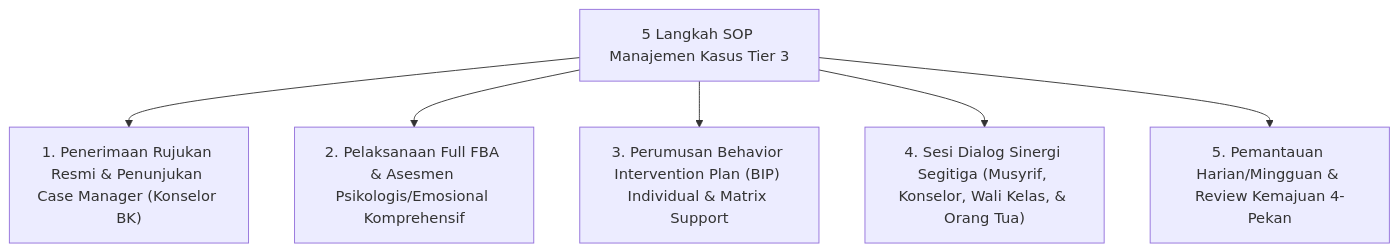
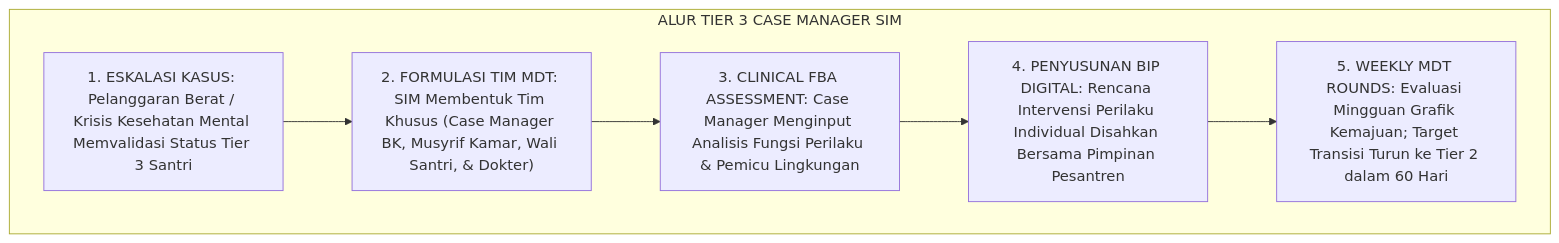
The fourth of 5 diagrams in 06 Intervention Framework/10 Case Management/P6-10-01-SOP-Manajemen-Kasus-Khusus-Tier-3.md (wandiapriliyandi/tumbuh), drawn with Mermaid before and after one commit. The commit also changed other lines of this file and 5 other files, not shown here.

Commit message:
docs(06-intervention): complete all 6 research monographs for 10 Case Management

````diff
--- a/06 Intervention Framework/10 Case Management/P6-10-01-SOP-Manajemen-Kasus-Khusus-Tier-3.md
+++ b/06 Intervention Framework/10 Case Management/P6-10-01-SOP-Manajemen-Kasus-Khusus-Tier-3.md
@@ -14,9 +115,12 @@
 ```mermaid
-graph TD
-    Tier3SOP["5 Langkah SOP Manajemen Kasus Tier 3"]
-    Tier3SOP --> Referral["1. Penerimaan Rujukan Resmi & Penunjukan Case Manager (Konselor BK)"]
-    Tier3SOP --> FBAAssessment["2. Pelaksanaan Full FBA & Asesmen Psikologis/Emosional Komprehensif"]
-    Tier3SOP --> BIPFormulation["3. Perumusan Behavior Intervention Plan (BIP) Individual & Matrix Support"]
-    Tier3SOP --> TriadMeeting["4. Sesi Dialog Sinergi Segitiga (Musyrif, Konselor, Wali Kelas, & Orang Tua)"]
-    Tier3SOP --> CaseMonitoring["5. Pemantauan Harian/Mingguan & Review Kemajuan 4-Pekan"]
+flowchart TD
+    subgraph AlurTier3CaseManagerSIM["ALUR TIER 3 CASE MANAGER SIM"]
+        EskalasiKasusTier3KeSIM["1. ESKALASI KASUS: Pelanggaran Berat / Krisis Kesehatan Mental Memvalidasi Status Tier 3 Santri"]
+        PembentukanTimMDT["2. FORMULASI TIM MDT: SIM Membentuk Tim Khusus (Case Manager BK, Musyrif Kamar, Wali Santri, & Dokter)"]
+        AsesmenFBAKlinisDigital["3. CLINICAL FBA ASSESSMENT: Case Manager Menginput Analisis Fungsi Perilaku & Pemicu Lingkungan"]
+        PenyusunanDokumenBIP["4. PENYUSUNAN BIP DIGITAL: Rencana Intervensi Perilaku Individual Disahkan Bersama Pimpinan Pesantren"]
+        WeeklyProgressRounds["5. WEEKLY MDT ROUNDS: Evaluasi Mingguan Grafik Kemajuan; Target Transisi Turun ke Tier 2 dalam 60 Hari"]
+        
+        EskalasiKasusTier3KeSIM --> PembentukanTimMDT --> AsesmenFBAKlinisDigital --> PenyusunanDokumenBIP --> WeeklyProgressRounds
+    end
 ```
````
